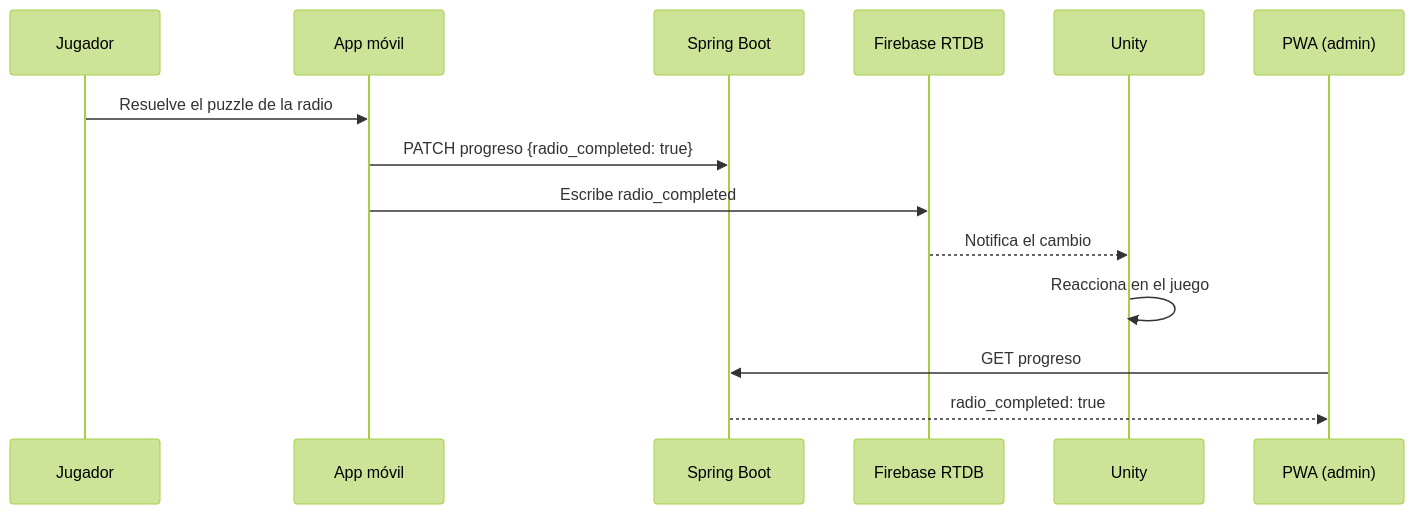
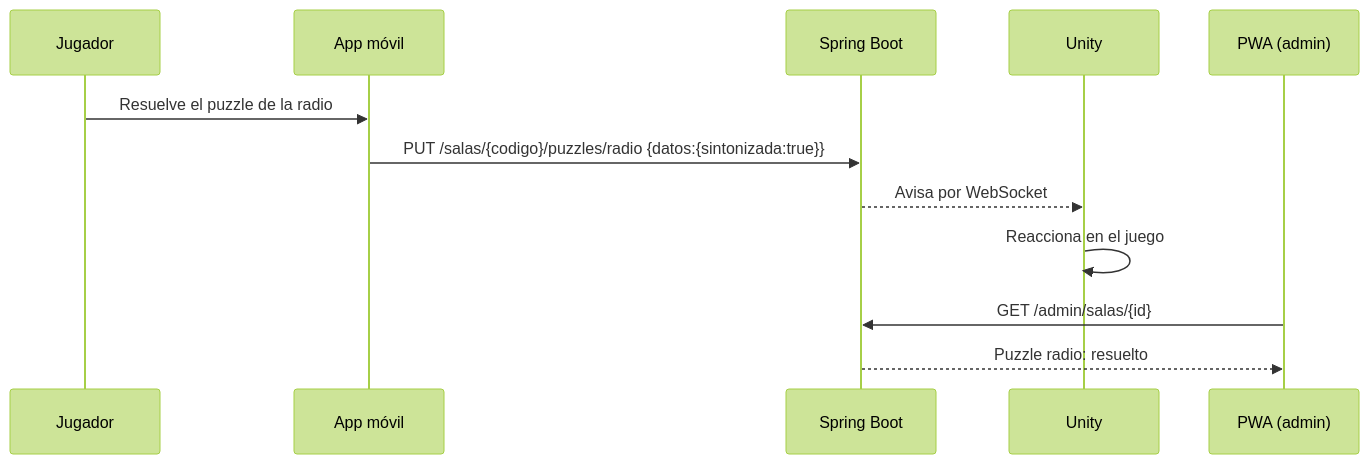
One commit to AiltonMV/vestigia-pwa changed the fourth of 5 diagrams in README.md. Above: the diagram before and after it, drawn with Mermaid (forest theme). The commit also changed other lines of this file, not shown here.

````diff
--- a/README.md
+++ b/README.md
@@ -142,17 +149,15 @@
 ```mermaid
 sequenceDiagram
     participant J as Jugador
     participant C as App móvil
     participant A as Spring Boot
-    participant F as Firebase RTDB
     participant U as Unity
     participant P as PWA (admin)
 
     J->>C: Resuelve el puzzle de la radio
-    C->>A: PATCH progreso {radio_completed: true}
-    C->>F: Escribe radio_completed
-    F-->>U: Notifica el cambio
+    C->>A: PUT /salas/{codigo}/puzzles/radio {datos:{sintonizada:true}}
+    A-->>U: Avisa por WebSocket
     U->>U: Reacciona en el juego
-    P->>A: GET progreso
-    A-->>P: radio_completed: true
+    P->>A: GET /admin/salas/{id}
+    A-->>P: Puzzle radio: resuelto
 ```
````
